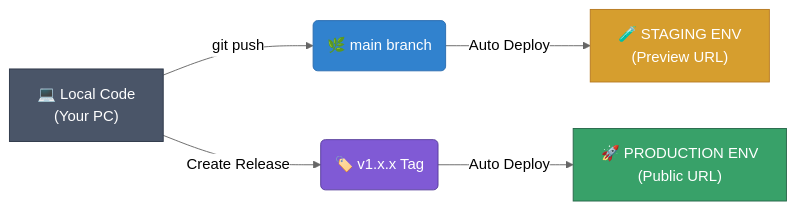
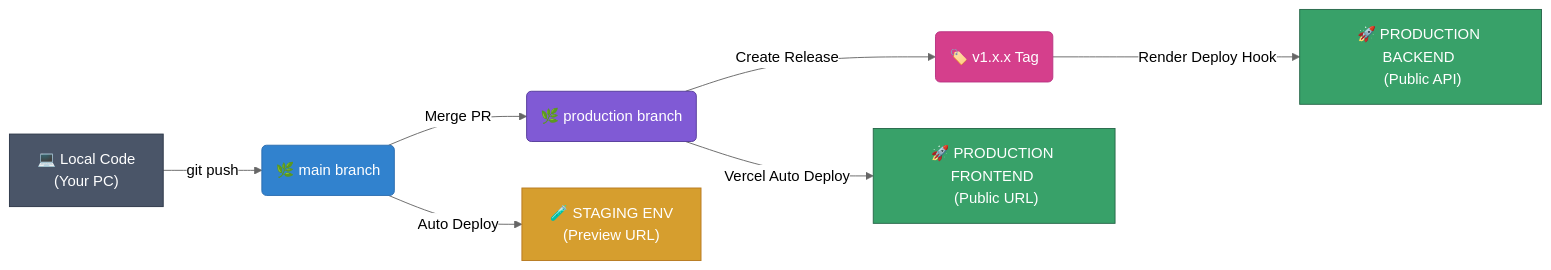
Before and after one commit to steve-237/time2wish-vc: the fifth of 6 diagrams in README.md, drawn with Mermaid (neutral theme). The commit also changed other lines of this file, not shown here.

Commit message:
docs: update deployment architecture to reflect 2-project Vercel strategy

````diff
--- a/README.md
+++ b/README.md
@@ -343,14 +345,18 @@
 ```mermaid
 flowchart LR
     A["💻 Local Code <br> (Your PC)"] -->|git push| B("🌿 main branch")
-    A -->|Create Release| C("🏷️ v1.x.x Tag")
+    B -->|Merge PR| C("🌿 production branch")
+    C -->|Create Release| D("🏷️ v1.x.x Tag")
     
-    B -->|Auto Deploy| D["🧪 STAGING ENV <br> (Preview URL)"]
-    C -->|Auto Deploy| E["🚀 PRODUCTION ENV <br> (Public URL)"]
+    B -->|Auto Deploy| E["🧪 STAGING ENV <br> (Preview URL)"]
+    C -->|Vercel Auto Deploy| F["🚀 PRODUCTION FRONTEND <br> (Public URL)"]
+    D -->|Render Deploy Hook| G["🚀 PRODUCTION BACKEND <br> (Public API)"]
     
     style A fill:#4a5568,stroke:#2d3748,color:#fff
     style B fill:#3182ce,stroke:#2b6cb0,color:#fff
     style C fill:#805ad5,stroke:#553c9a,color:#fff
-    style D fill:#d69e2e,stroke:#b7791f,color:#fff
-    style E fill:#38a169,stroke:#276749,color:#fff
+    style D fill:#d53f8c,stroke:#b83280,color:#fff
+    style E fill:#d69e2e,stroke:#b7791f,color:#fff
+    style F fill:#38a169,stroke:#276749,color:#fff
+    style G fill:#38a169,stroke:#276749,color:#fff
 ```
````
